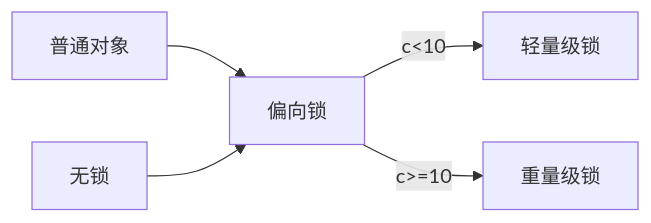
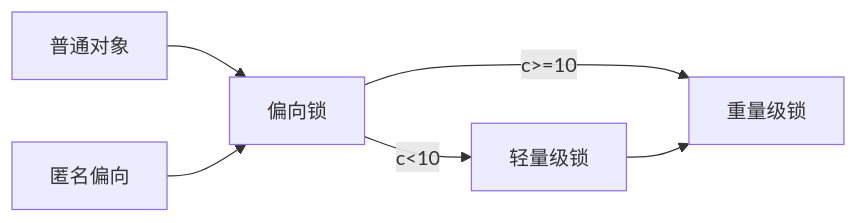
One commit to dreamlikey/note changed the diagram in java/并发编程/6-synchronized.md. Above: the diagram before and after it, drawn with Mermaid. The commit also changed other lines of this file, not shown here.

````diff
--- a/java/并发编程/6-synchronized.md
+++ b/java/并发编程/6-synchronized.md
@@ -196,8 +228,9 @@
 ```mermaid
 graph LR
 A[普通对象] -->C[偏向锁]
-B[无锁]    -->C[偏向锁]
+B[匿名偏向]    -->C[偏向锁]
     C --> |c<10| D[轻量级锁]
     C --> |c>=10| E[重量级锁]
+    D[轻量级锁] --> E[重量级锁]
     
 ```
````
